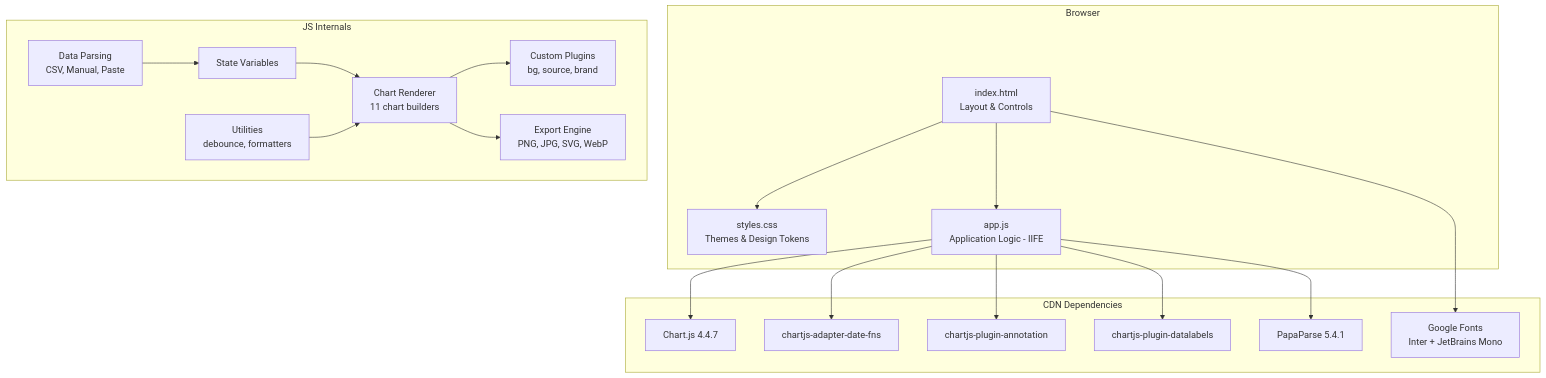
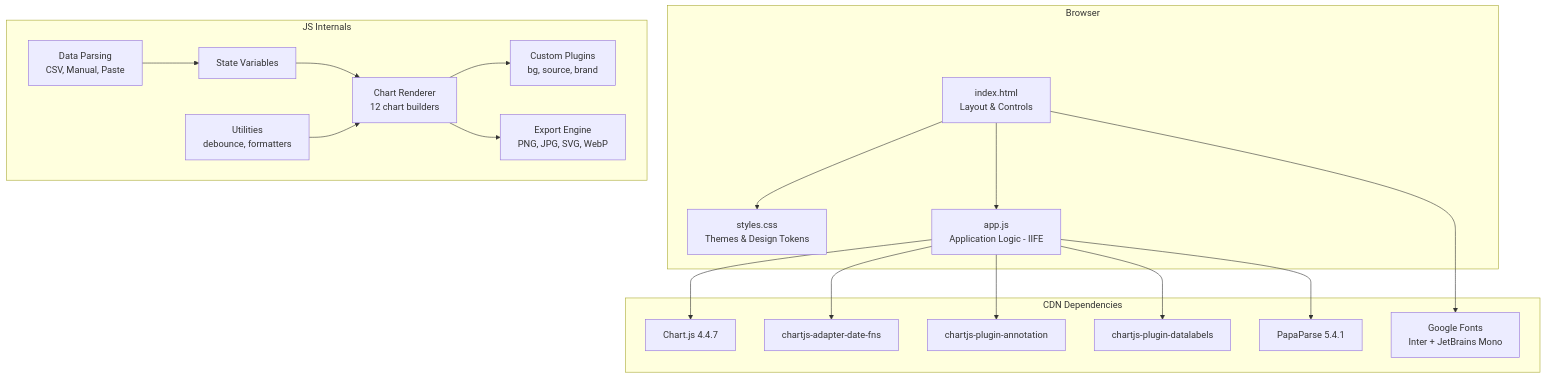
The first of 4 diagrams in README.md (sanket-k/simple-charts), drawn with Mermaid before and after one commit. The commit also changed other lines of this file and 2 other files, not shown here.

Commit message:
feat: add segmented bar chart section to README and update chart count in overview

````diff
--- a/README.md
+++ b/README.md
@@ -90,41 +91,41 @@
 ```mermaid
 graph TB
     subgraph Browser
         HTML[index.html<br/>Layout & Controls]
         CSS[styles.css<br/>Themes & Design Tokens]
         JS[app.js<br/>Application Logic - IIFE]
     end
 
     subgraph CDN Dependencies
         CJ[Chart.js 4.4.7]
         DA[chartjs-adapter-date-fns]
         AN[chartjs-plugin-annotation]
         DL[chartjs-plugin-datalabels]
         PP[PapaParse 5.4.1]
         GF[Google Fonts<br/>Inter + JetBrains Mono]
     end
 
     HTML --> JS
     HTML --> CSS
     JS --> CJ
     JS --> DA
     JS --> AN
     JS --> DL
     JS --> PP
     HTML --> GF
 
     subgraph JS Internals
         State[State Variables]
         Utils[Utilities<br/>debounce, formatters]
         Parse[Data Parsing<br/>CSV, Manual, Paste]
-        Render[Chart Renderer<br/>11 chart builders]
+        Render[Chart Renderer<br/>12 chart builders]
         Plugins[Custom Plugins<br/>bg, source, brand]
         Export[Export Engine<br/>PNG, JPG, SVG, WebP]
     end
 
     Parse --> State
     State --> Render
     Render --> Plugins
     Render --> Export
     Utils --> Render
 ```
````
